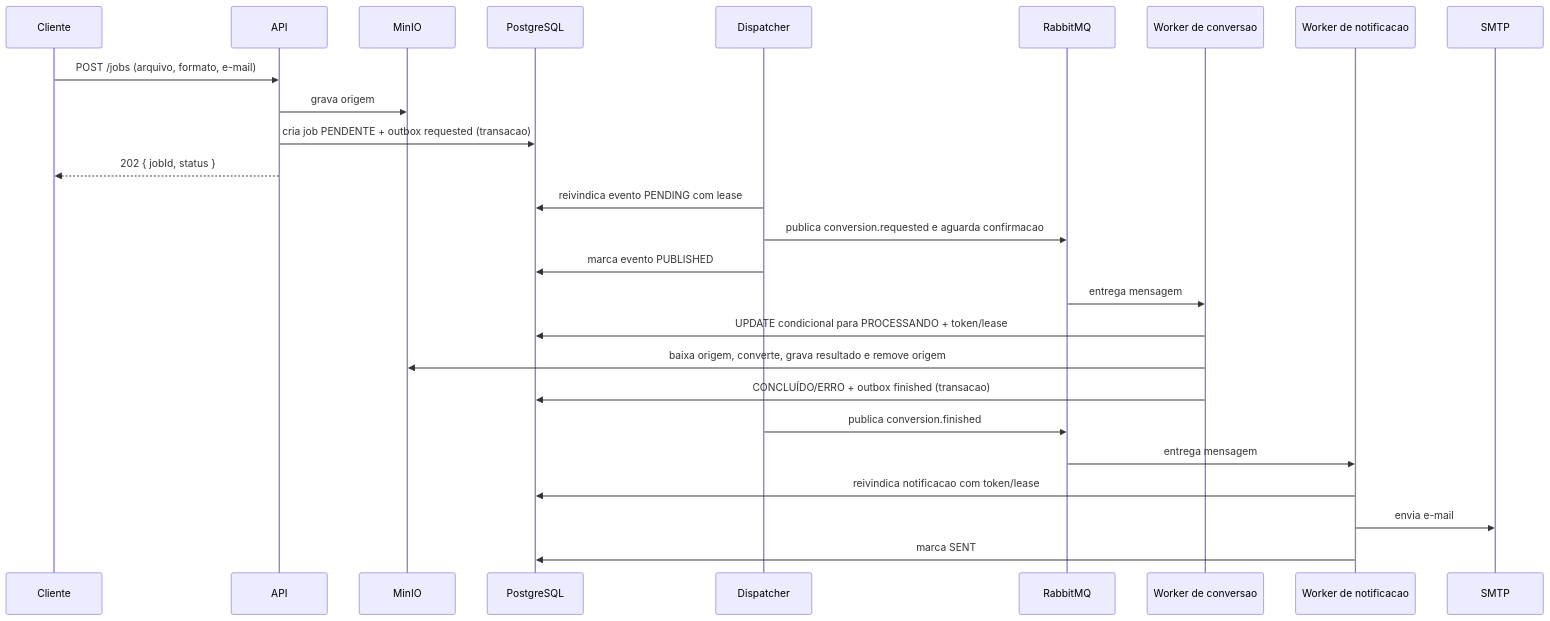
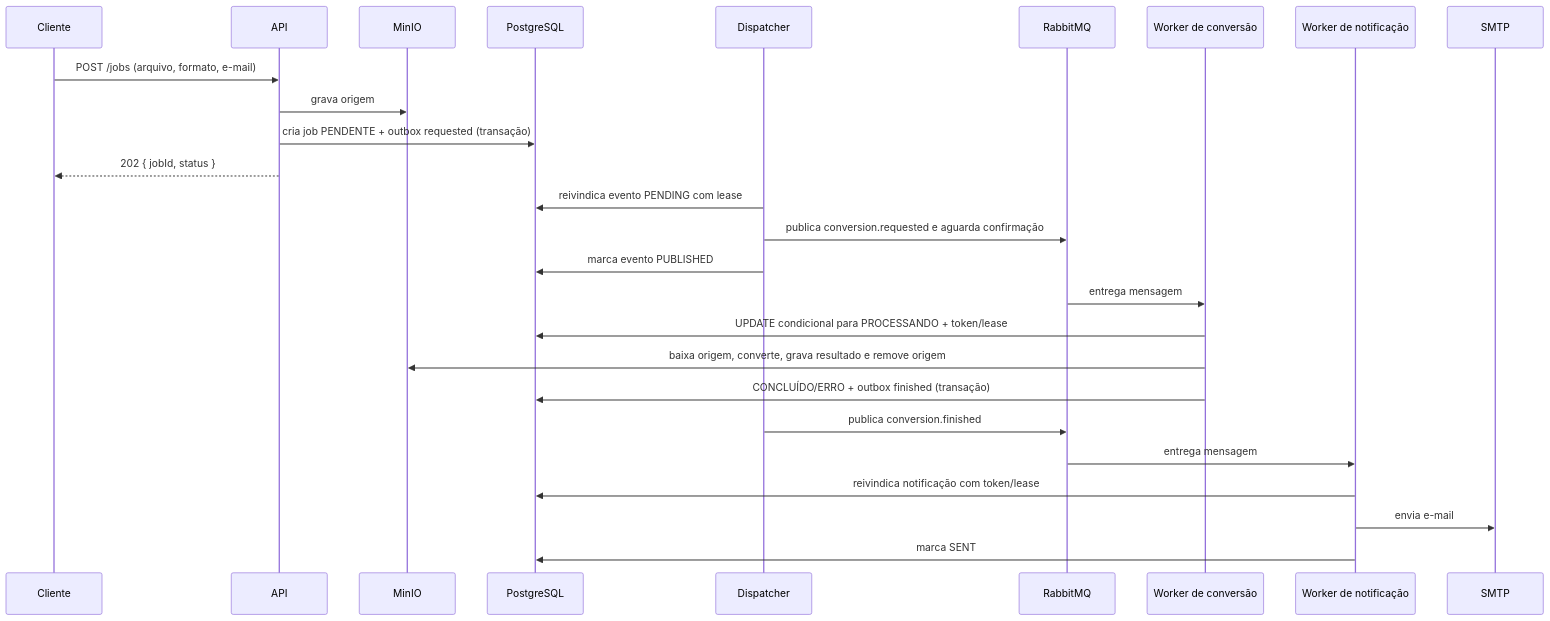
The diagram in docs/sequencia.md (danilo-humberto/conversor-de-arquivos), drawn with Mermaid before and after one commit. The commit also changed other lines of this file and 8 other files, not shown here.

````diff
--- a/docs/sequencia.md
+++ b/docs/sequencia.md
@@ -3,29 +3,29 @@
 ```mermaid
 sequenceDiagram
   participant C as Cliente
   participant A as API
   participant S as MinIO
   participant D as PostgreSQL
   participant O as Dispatcher
   participant Q as RabbitMQ
-  participant W as Worker de conversao
-  participant N as Worker de notificacao
+  participant W as Worker de conversão
+  participant N as Worker de notificação
   participant M as SMTP
 
   C->>A: POST /jobs (arquivo, formato, e-mail)
   A->>S: grava origem
-  A->>D: cria job PENDENTE + outbox requested (transacao)
+  A->>D: cria job PENDENTE + outbox requested (transação)
   A-->>C: 202 { jobId, status }
   O->>D: reivindica evento PENDING com lease
-  O->>Q: publica conversion.requested e aguarda confirmacao
+  O->>Q: publica conversion.requested e aguarda confirmação
   O->>D: marca evento PUBLISHED
   Q->>W: entrega mensagem
   W->>D: UPDATE condicional para PROCESSANDO + token/lease
   W->>S: baixa origem, converte, grava resultado e remove origem
-  W->>D: CONCLUÍDO/ERRO + outbox finished (transacao)
+  W->>D: CONCLUÍDO/ERRO + outbox finished (transação)
   O->>Q: publica conversion.finished
   Q->>N: entrega mensagem
-  N->>D: reivindica notificacao com token/lease
+  N->>D: reivindica notificação com token/lease
   N->>M: envia e-mail
   N->>D: marca SENT
 ```
````
